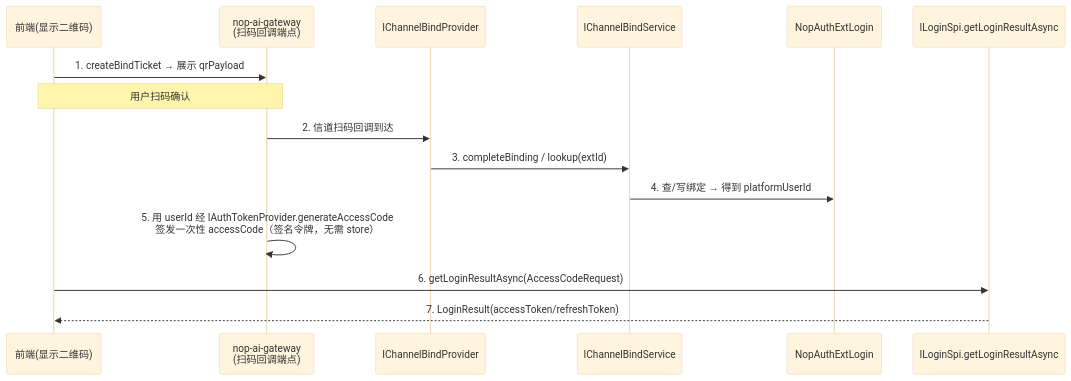
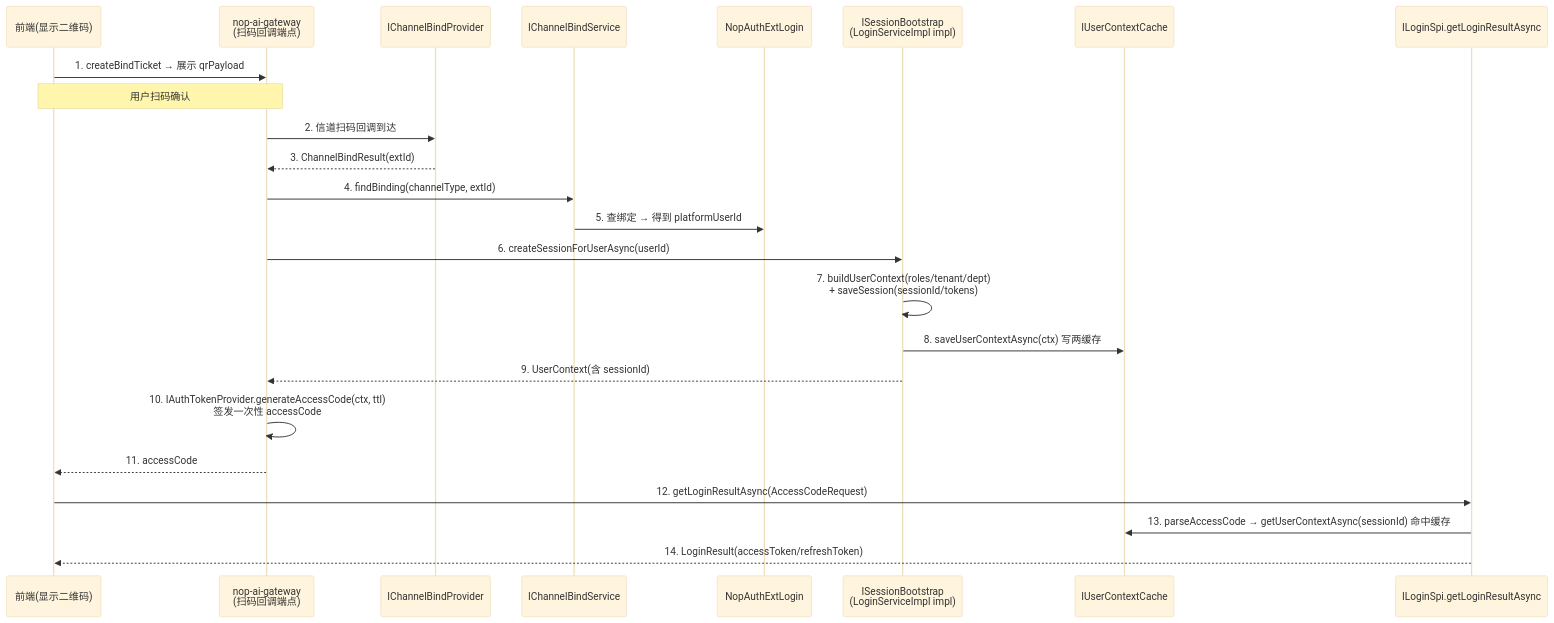
Before and after one commit to entropy-cloud/nop-entropy: the third of 3 diagrams in ai-dev/design/nop-ai-channel-integration-design.md, drawn with Mermaid (base theme). The commit also changed other lines of this file and 3 other files, not shown here.

First line of the commit message:
docs(nop-ai-channel-integration): plan-2026-08-08-1837 W4 计划/设计/roadmap/日志收口

````diff
--- a/ai-dev/design/nop-ai-channel-integration-design.md
+++ b/ai-dev/design/nop-ai-channel-integration-design.md
@@ -185,17 +185,26 @@
 ```mermaid
 sequenceDiagram
     participant FE as 前端(显示二维码)
     participant GW as nop-ai-gateway<br/>(扫码回调端点)
     participant BP as IChannelBindProvider
     participant BS as IChannelBindService
     participant EL as NopAuthExtLogin
+    participant SB as ISessionBootstrap<br/>(LoginServiceImpl impl)
+    participant UC as IUserContextCache
     participant LS as ILoginSpi.getLoginResultAsync
     FE->>GW: 1. createBindTicket → 展示 qrPayload
     Note over FE, GW: 用户扫码确认
     GW->>BP: 2. 信道扫码回调到达
-    BP->>BS: 3. completeBinding / lookup(extId)
-    BS->>EL: 4. 查/写绑定 → 得到 platformUserId
-    GW->>GW: 5. 用 userId 经 IAuthTokenProvider.generateAccessCode<br/>签发一次性 accessCode（签名令牌，无需 store）
-    FE->>LS: 6. getLoginResultAsync(AccessCodeRequest)
-    LS-->>FE: 7. LoginResult(accessToken/refreshToken)
+    BP-->>GW: 3. ChannelBindResult(extId)
+    GW->>BS: 4. findBinding(channelType, extId)
+    BS->>EL: 5. 查绑定 → 得到 platformUserId
+    GW->>SB: 6. createSessionForUserAsync(userId)
+    SB->>SB: 7. buildUserContext(roles/tenant/dept)<br/>+ saveSession(sessionId/tokens)
+    SB->>UC: 8. saveUserContextAsync(ctx) 写两缓存
+    SB-->>GW: 9. UserContext(含 sessionId)
+    GW->>GW: 10. IAuthTokenProvider.generateAccessCode(ctx, ttl)<br/>签发一次性 accessCode
+    GW-->>FE: 11. accessCode
+    FE->>LS: 12. getLoginResultAsync(AccessCodeRequest)
+    LS->>UC: 13. parseAccessCode → getUserContextAsync(sessionId) 命中缓存
+    LS-->>FE: 14. LoginResult(accessToken/refreshToken)
 ```
````
